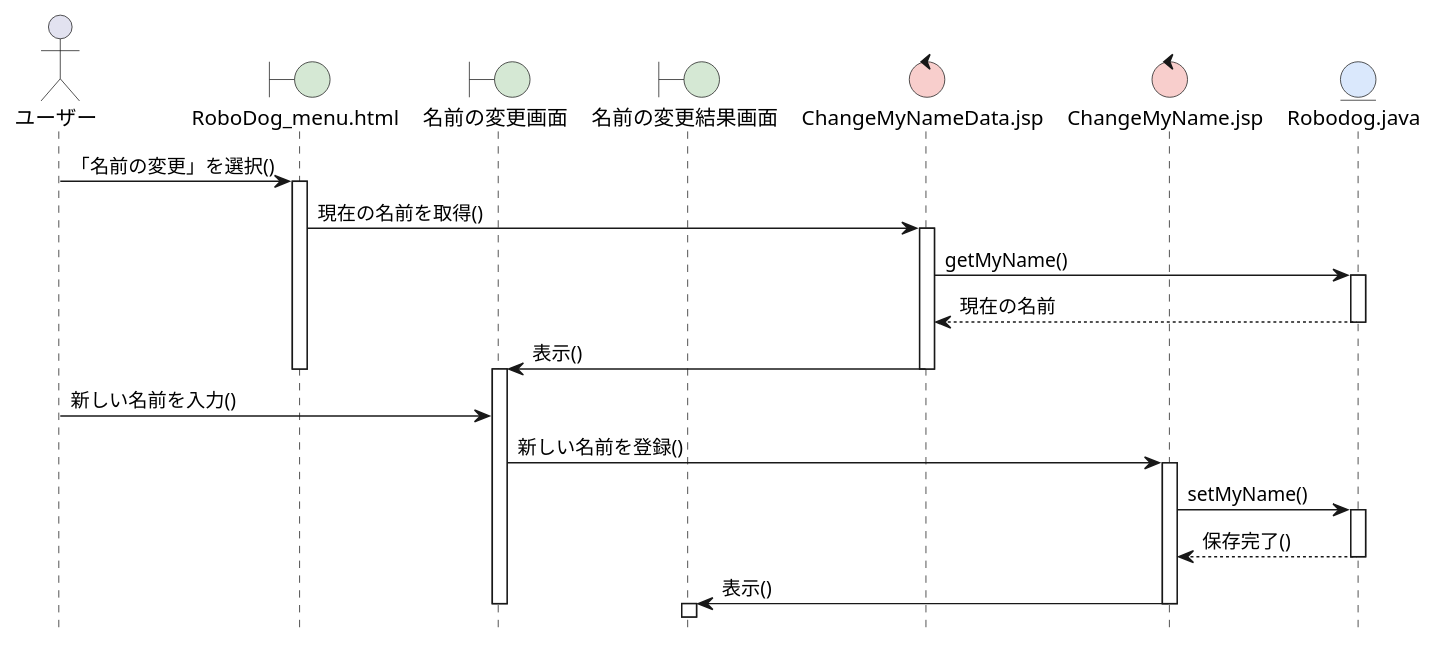
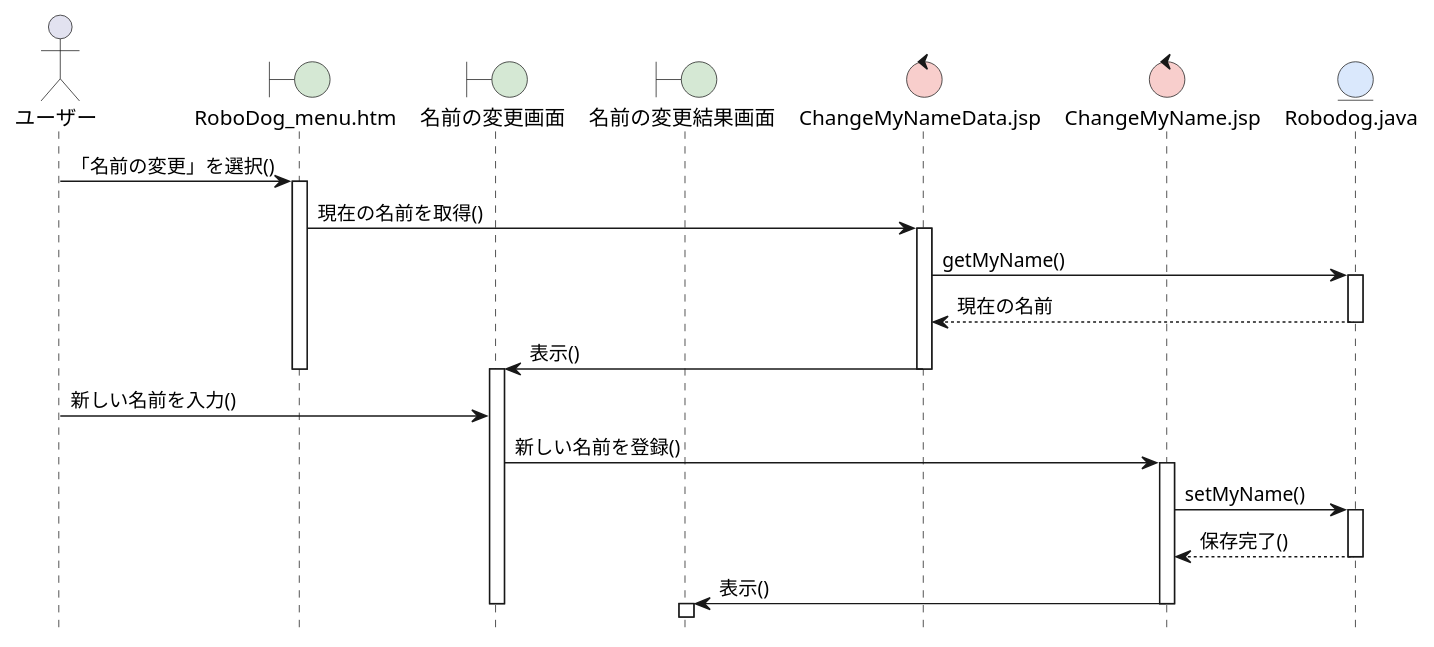
The diagram in 06_robo_dog/sequence_01_change_name.pu (admin0430/ohara_uml), drawn with PlantUML before and after one commit. The commit also changed 13 other files, not shown here.

```diff
--- a/06_robo_dog/sequence_01_change_name.pu
+++ b/06_robo_dog/sequence_01_change_name.pu
@@ -1,43 +1,43 @@
 @startuml RoboDogシステム-名前変更シーケンス図
 hide footbox
 skinparam boundaryBackgroundColor #D5E8D4
 skinparam controlBackgroundColor  #F8CECC
 skinparam entityBackgroundColor   #DAE8FC
  
 actor ユーザー as A
-boundary "RoboDog_menu.html" as B1
+boundary "RoboDog_menu.htm" as B1
 boundary 名前の変更画面 as B2
 boundary 名前の変更結果画面 as B3
 control "ChangeMyNameData.jsp" as C1
 control "ChangeMyName.jsp" as C2
 entity "Robodog.java" as E
  
 A -> B1: 「名前の変更」を選択()
 activate B1
  
 B1 -> C1: 現在の名前を取得()
 activate C1
 C1 -> E: getMyName()
 activate E
 E --> C1: 現在の名前
 deactivate E
 C1 -> B2: 表示()
 deactivate C1
 deactivate B1
 activate B2
  
 A -> B2: 新しい名前を入力()
  
 B2 -> C2: 新しい名前を登録()
 activate C2
 C2 -> E: setMyName()
 activate E
 E --> C2: 保存完了()
 deactivate E
  
 C2 -> B3: 表示()
 deactivate C2
 deactivate B2
 activate B3
  
 @enduml
```
